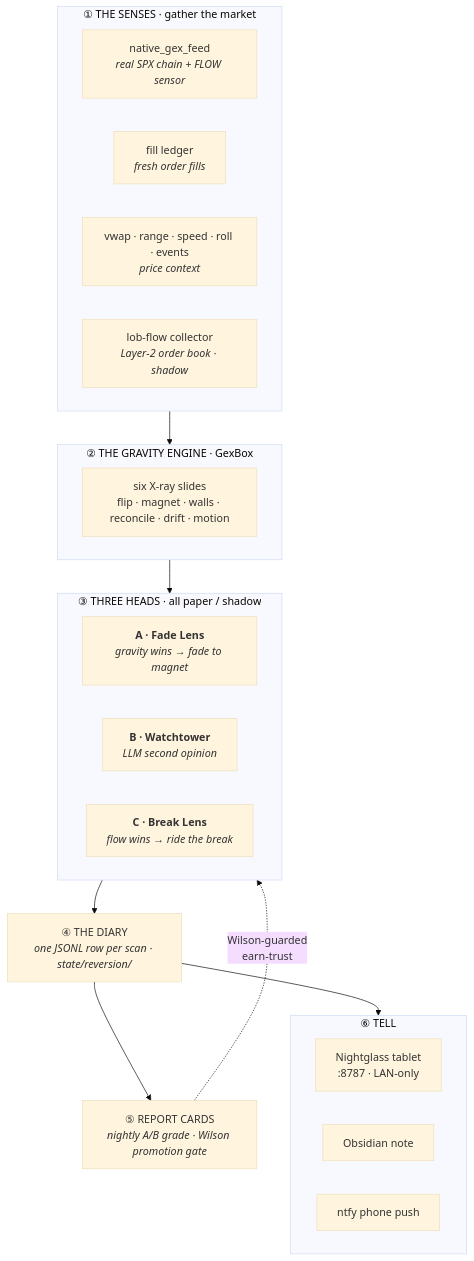
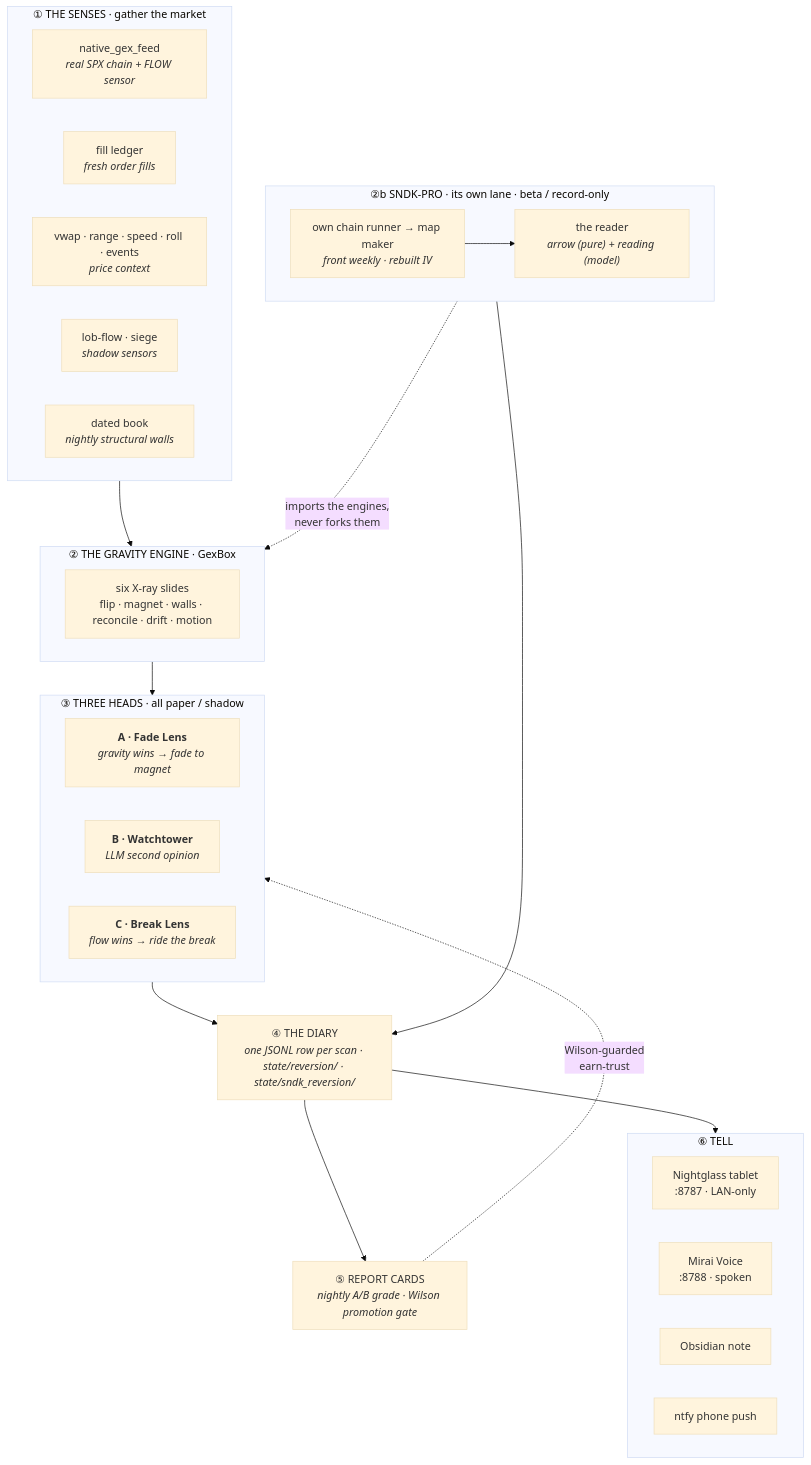
The diagram in README.md (fivestone14/mirai-station), drawn with Mermaid (base theme) before and after one commit. The commit also changed other lines of this file and 1 other file, not shown here.

````diff
--- a/README.md
+++ b/README.md
@@ -31,36 +55,47 @@
 ```mermaid
 flowchart TB
   subgraph SENSES["① THE SENSES · gather the market"]
     direction LR
     THETA["native_gex_feed<br/><i>real SPX chain + FLOW sensor</i>"]
     FILL["fill ledger<br/><i>fresh order fills</i>"]
     CTX["vwap · range · speed · roll · events<br/><i>price context</i>"]
-    LOB["lob-flow collector<br/><i>Layer-2 order book · shadow</i>"]
+    LOB["lob-flow · siege<br/><i>shadow sensors</i>"]
+    DATED["dated book<br/><i>nightly structural walls</i>"]
   end
 
   subgraph ENGINE["② THE GRAVITY ENGINE · GexBox"]
     GEX["six X-ray slides<br/>flip · magnet · walls · reconcile · drift · motion"]
   end
 
   subgraph HEADS["③ THREE HEADS · all paper / shadow"]
     direction LR
     FADE["<b>A · Fade Lens</b><br/><i>gravity wins → fade to magnet</i>"]
     WT["<b>B · Watchtower</b><br/><i>LLM second opinion</i>"]
     BREAK["<b>C · Break Lens</b><br/><i>flow wins → ride the break</i>"]
   end
 
-  DIARY["④ THE DIARY<br/><i>one JSONL row per scan · state/reversion/</i>"]
+  subgraph SNDKPRO["②b SNDK-PRO · its own lane · beta / record-only"]
+    direction LR
+    SFEED["own chain runner → map maker<br/><i>front weekly · rebuilt IV</i>"]
+    SREAD["the reader<br/><i>arrow (pure) + reading (model)</i>"]
+    SFEED --> SREAD
+  end
+
+  DIARY["④ THE DIARY<br/><i>one JSONL row per scan · state/reversion/ · state/sndk_reversion/</i>"]
   CARD["⑤ REPORT CARDS<br/><i>nightly A/B grade · Wilson promotion gate</i>"]
 
   subgraph TELL["⑥ TELL"]
     direction LR
     TABLET["Nightglass tablet<br/>:8787 · LAN-only"]
+    VOICE["Mirai Voice<br/>:8788 · spoken"]
     NOTE["Obsidian note"]
     BELL["ntfy phone push"]
   end
 
   SENSES --> ENGINE --> HEADS --> DIARY
+  SNDKPRO -. "imports the engines,<br/>never forks them" .-> ENGINE
+  SNDKPRO --> DIARY
   DIARY --> CARD
   CARD -. "Wilson-guarded<br/>earn-trust" .-> HEADS
   DIARY --> TELL
 ```
````
